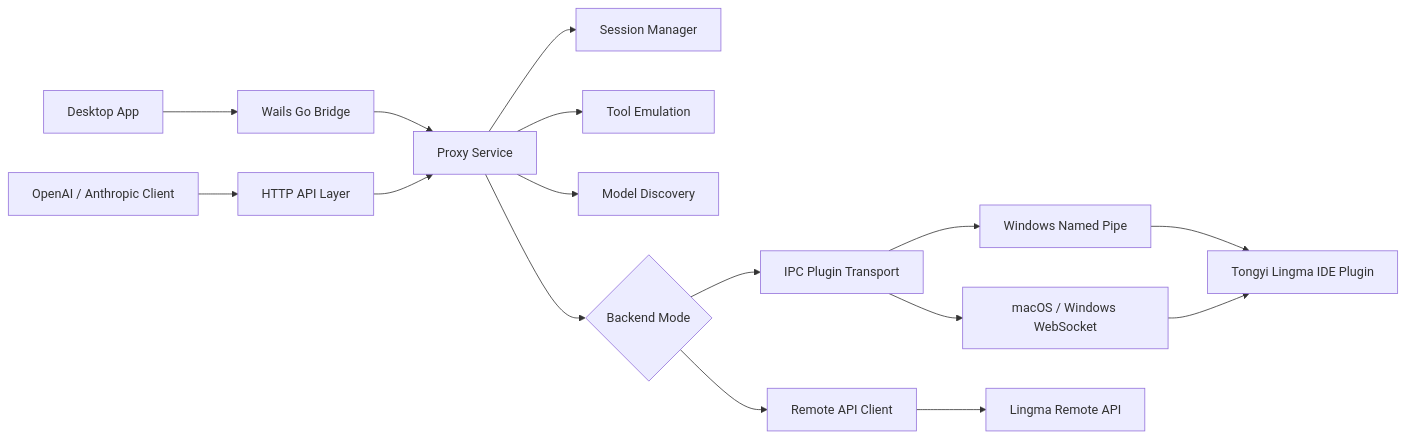
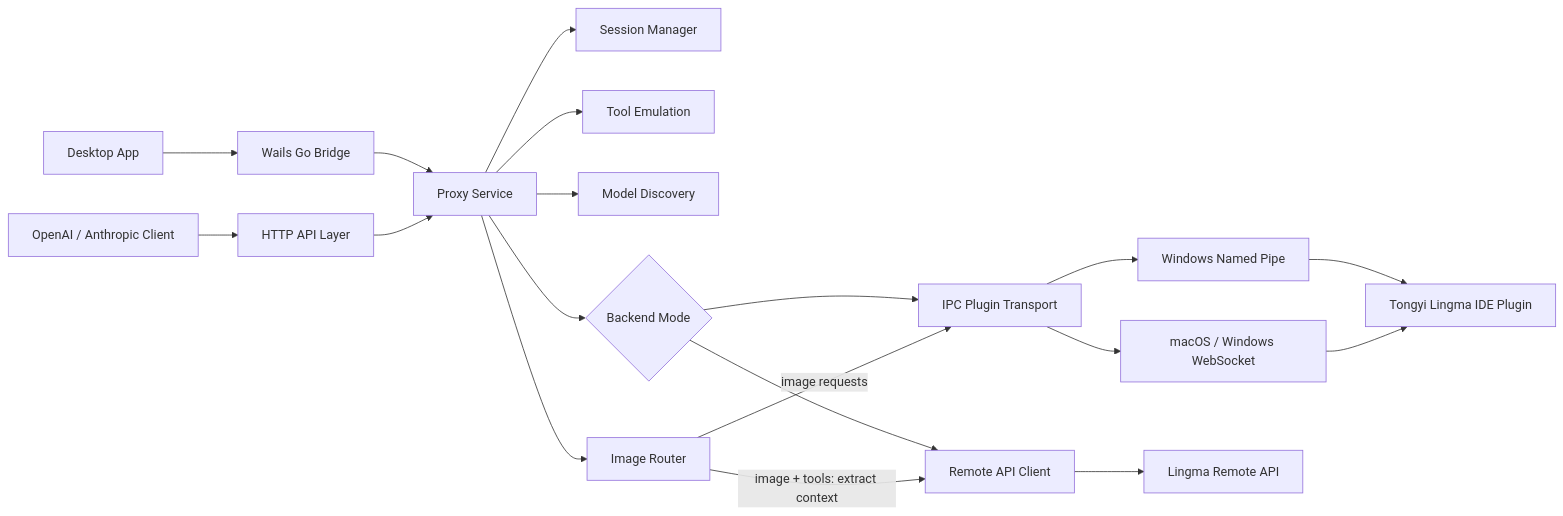
Before and after one commit to cutiechi/lingma-proxy: the diagram in README.md, drawn with Mermaid. The commit also changed other lines of this file and 11 other files, not shown here.

Commit message:
Release v1.4.9 remote image routing

````diff
--- a/README.md
+++ b/README.md
@@ -124,18 +125,21 @@
 ```mermaid
 flowchart LR
   Client["OpenAI / Anthropic Client"] --> HTTP["HTTP API Layer"]
   Desktop["Desktop App"] --> AppBridge["Wails Go Bridge"]
   AppBridge --> Service["Proxy Service"]
   HTTP --> Service
   Service --> Session["Session Manager"]
   Service --> Tools["Tool Emulation"]
   Service --> Models["Model Discovery"]
+  Service --> Images["Image Router"]
   Service --> Backend{"Backend Mode"}
   Backend --> Transport["IPC Plugin Transport"]
   Backend --> Remote["Remote API Client"]
+  Images -->|"image requests"| Transport
+  Images -->|"image + tools: extract context"| Remote
   Transport --> Pipe["Windows Named Pipe"]
   Transport --> WS["macOS / Windows WebSocket"]
   Pipe --> Lingma["Tongyi Lingma IDE Plugin"]
   WS --> Lingma
   Remote --> Cloud["Lingma Remote API"]
 ```
````
